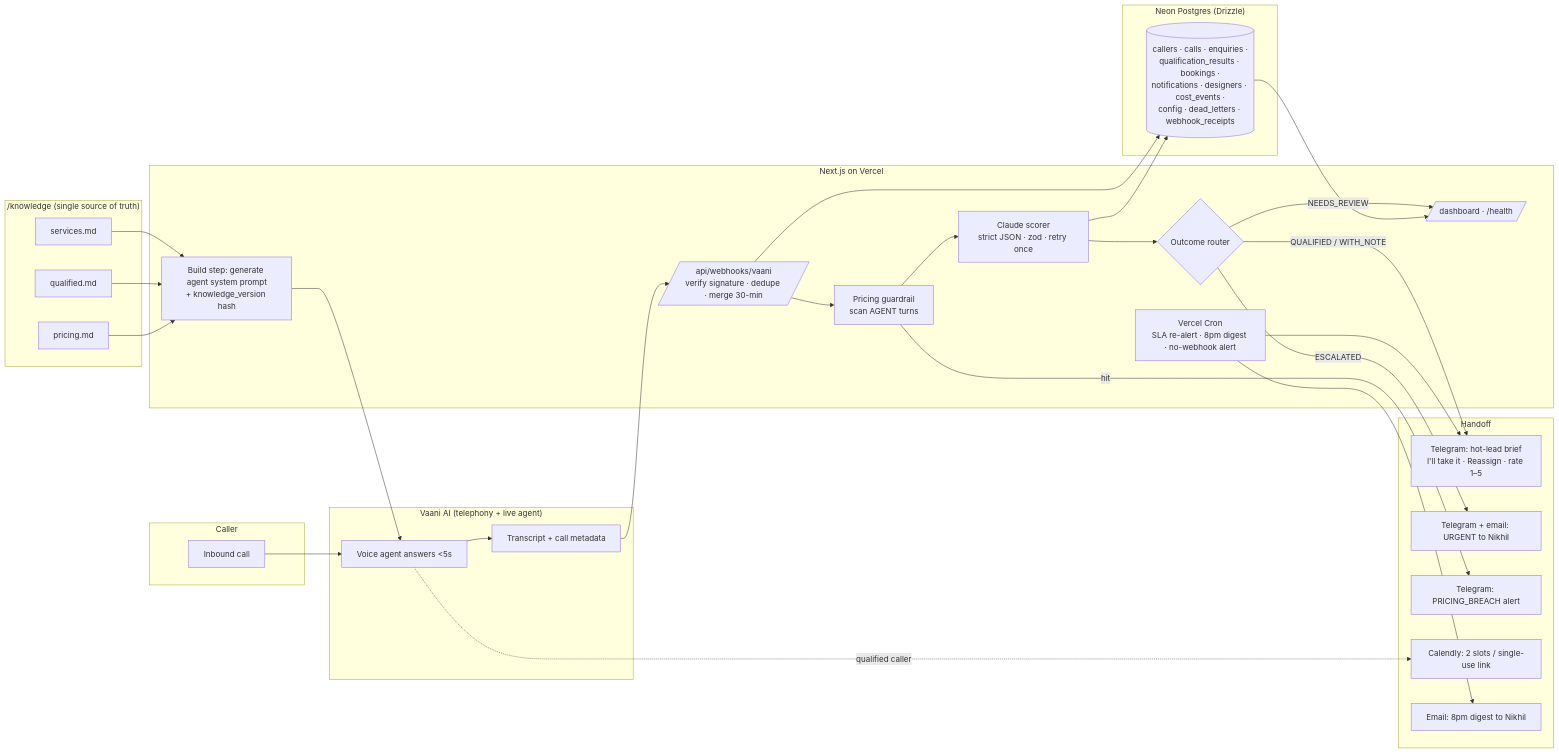
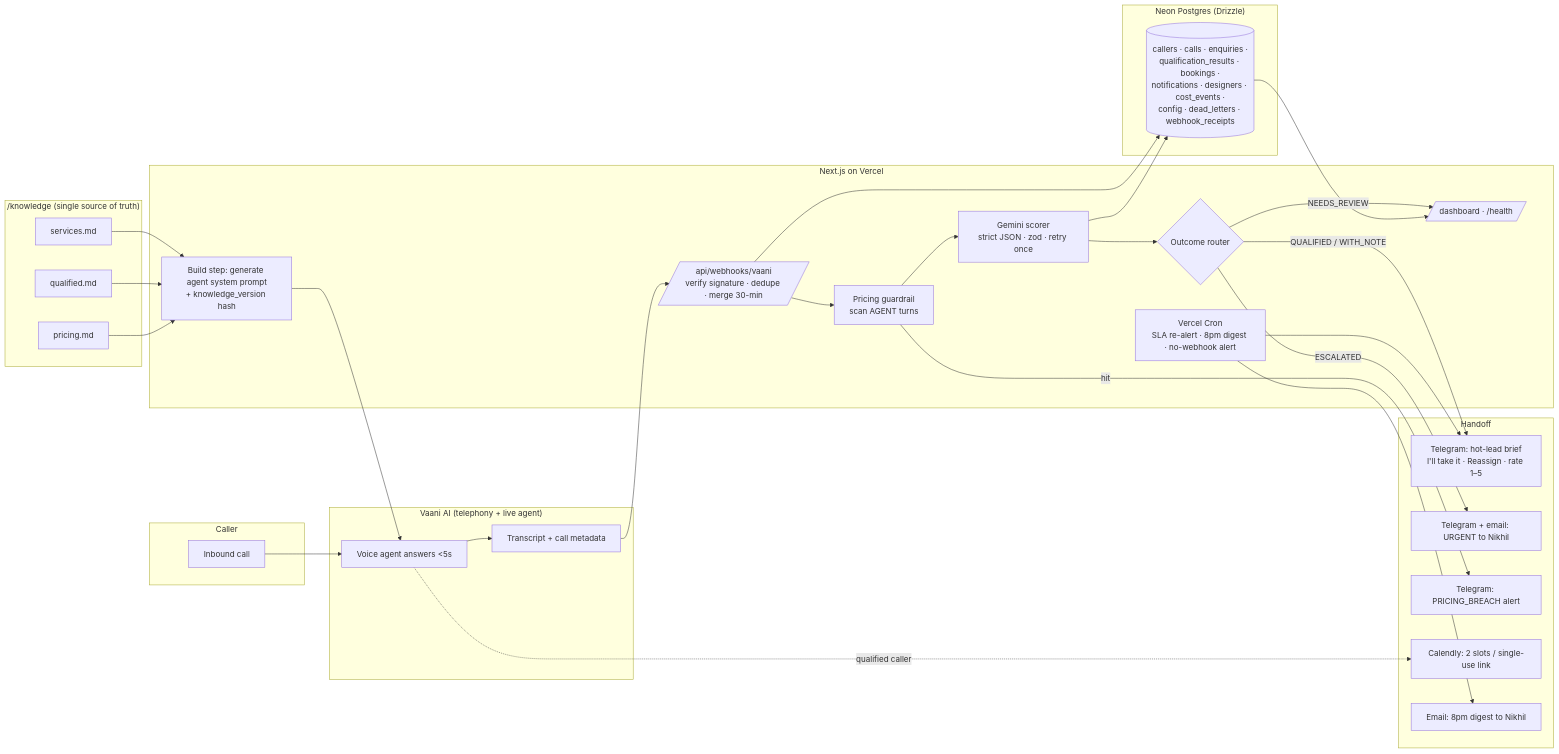
The diagram in README.md (anmaysurie13/aangan-lead-desk), drawn with Mermaid before and after one commit. The commit also changed other lines of this file and 20 other files, not shown here.

First line of the commit message:
Phase 1: knowledge loader, agent prompt generator, Gemini scorer, pricing guardrail

````diff
--- a/README.md
+++ b/README.md
@@ -13,52 +13,52 @@
 ```mermaid
 flowchart LR
   subgraph Caller
     C[Inbound call]
   end
 
   subgraph Vaani["Vaani AI (telephony + live agent)"]
     V1[Voice agent answers &lt;5s]
     V2[Transcript + call metadata]
   end
 
   subgraph Knowledge["/knowledge (single source of truth)"]
     K1[services.md]
     K2[qualified.md]
     K3[pricing.md]
   end
 
   subgraph App["Next.js on Vercel"]
     B[Build step: generate agent system prompt<br/>+ knowledge_version hash]
     W[/api/webhooks/vaani<br/>verify signature · dedupe · merge 30-min/]
     G[Pricing guardrail<br/>scan AGENT turns]
-    S[Claude scorer<br/>strict JSON · zod · retry once]
+    S[Gemini scorer<br/>strict JSON · zod · retry once]
     R{Outcome router}
     D[/dashboard · /health/]
     CR[Vercel Cron<br/>SLA re-alert · 8pm digest · no-webhook alert]
   end
 
   subgraph Neon["Neon Postgres (Drizzle)"]
     DB[(callers · calls · enquiries ·<br/>qualification_results · bookings ·<br/>notifications · designers · cost_events ·<br/>config · dead_letters · webhook_receipts)]
   end
 
   subgraph Out["Handoff"]
     T1[Telegram: hot-lead brief<br/>I'll take it · Reassign · rate 1–5]
     T2[Telegram + email: URGENT to Nikhil]
     T3[Telegram: PRICING_BREACH alert]
     CAL[Calendly: 2 slots / single-use link]
     E[Email: 8pm digest to Nikhil]
   end
 
   K1 & K2 & K3 --> B --> V1
   C --> V1 --> V2 --> W
   W --> G --> S --> R
   W --> DB
   S --> DB
   R -- QUALIFIED / WITH_NOTE --> T1
   R -- ESCALATED --> T2
   R -- NEEDS_REVIEW --> D
   G -- hit --> T3
   V1 -. qualified caller .-> CAL
   CR --> T1 & E
   DB --> D
 ```
````
